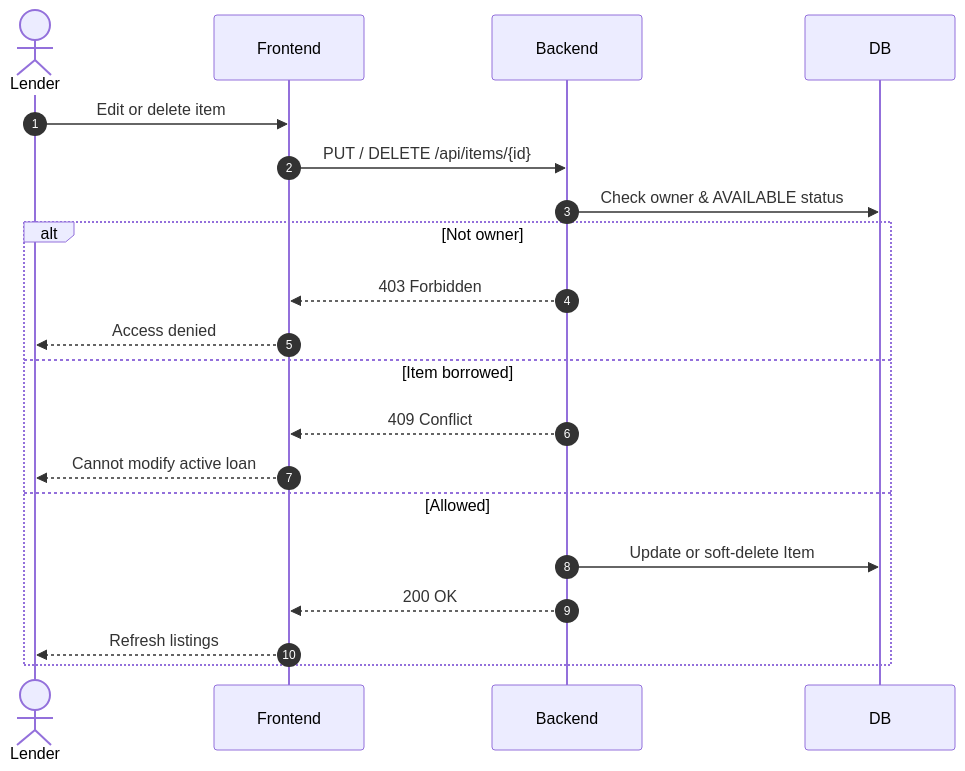
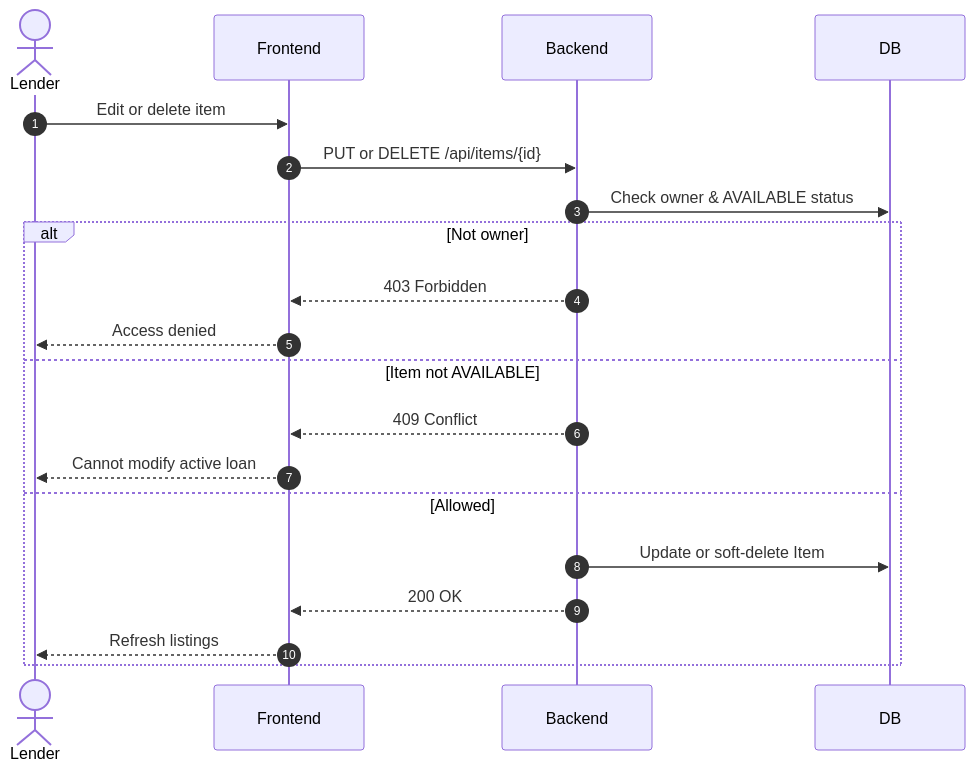
Diagram 16 of 31 in docs/project/user-stories/UML_and_DFD_Overview.md (nrokariw/CS261_G06), drawn with Mermaid before and after one commit. The commit also changed other lines of this file and 18 other files, not shown here.

Commit message:
docs(uml): add per-story DFD and UML activity diagrams for US-01 to US-09

````diff
--- a/docs/project/user-stories/UML_and_DFD_Overview.md
+++ b/docs/project/user-stories/UML_and_DFD_Overview.md
@@ -212,23 +349,23 @@
 ```mermaid
 sequenceDiagram
     autonumber
     actor Lender
     participant FE as Frontend
     participant BE as Backend
     participant DB
 
     Lender->>FE: Edit or delete item
-    FE->>BE: PUT / DELETE /api/items/{id}
+    FE->>BE: PUT or DELETE /api/items/{id}
     BE->>DB: Check owner & AVAILABLE status
     alt Not owner
         BE-->>FE: 403 Forbidden
         FE-->>Lender: Access denied
-    else Item borrowed
+    else Item not AVAILABLE
         BE-->>FE: 409 Conflict
         FE-->>Lender: Cannot modify active loan
     else Allowed
         BE->>DB: Update or soft-delete Item
         BE-->>FE: 200 OK
         FE-->>Lender: Refresh listings
     end
 ```
````
